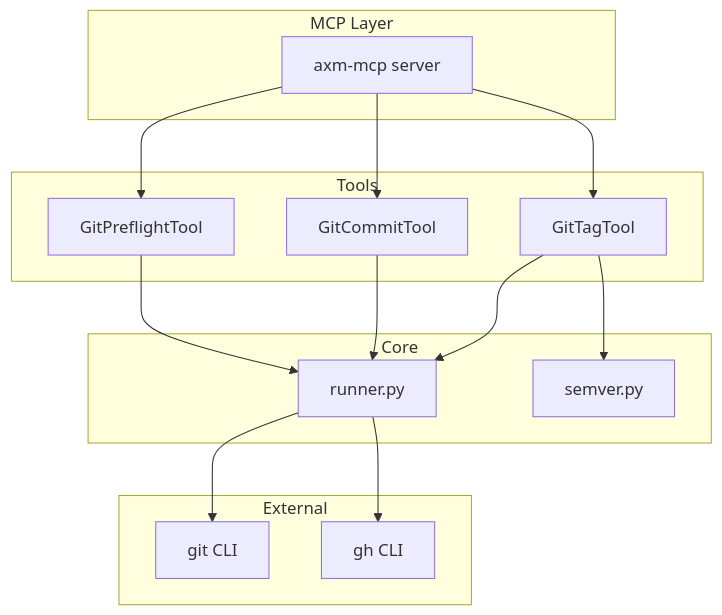
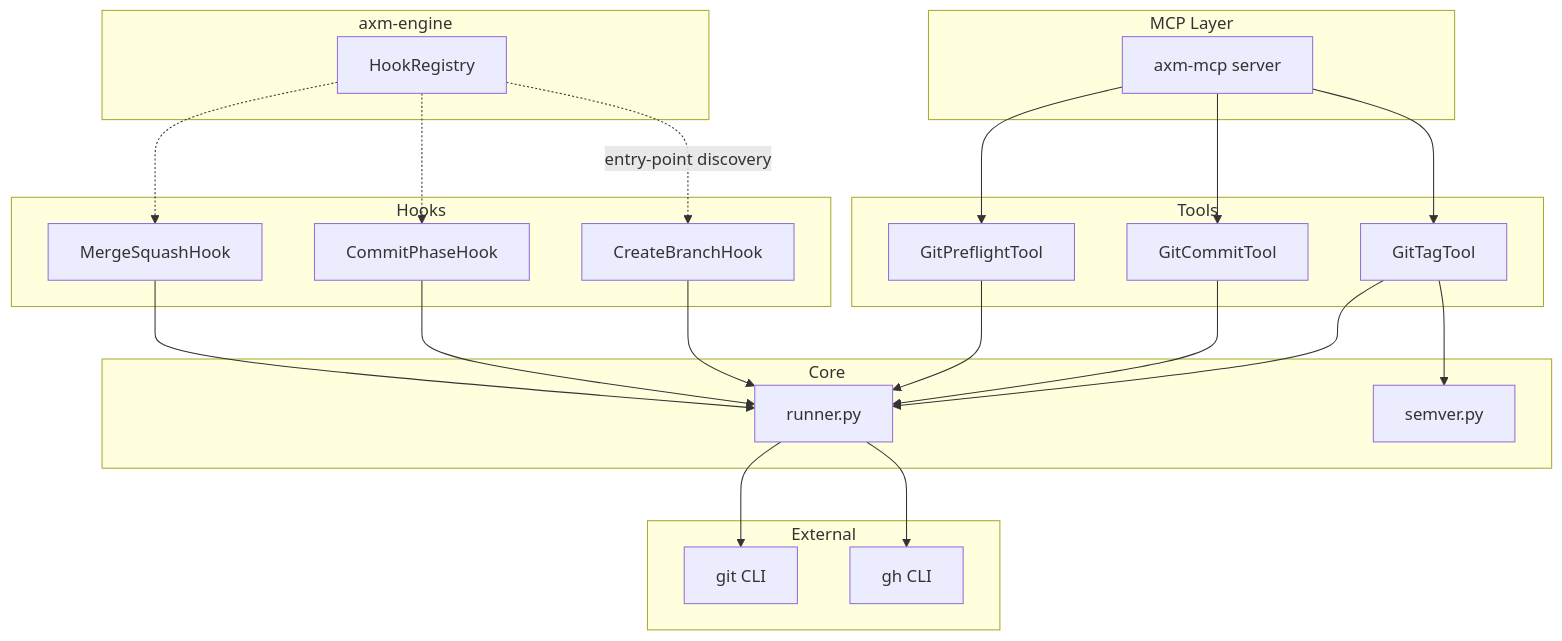
One commit to axm-protocols/axm-forge changed the diagram in docs/explanation/architecture.md. Above: the diagram before and after it, drawn with Mermaid. The commit also changed other lines of this file and 3 other files, not shown here.

First line of the commit message:
docs(hooks): document lifecycle hook actions

````diff
--- a/docs/explanation/architecture.md
+++ b/docs/explanation/architecture.md
@@ -7,32 +7,48 @@
 ```mermaid
 graph TD
     subgraph "MCP Layer"
         MCP["axm-mcp server"]
     end
 
     subgraph "Tools"
         Tag["GitTagTool"]
         Commit["GitCommitTool"]
         Preflight["GitPreflightTool"]
     end
 
+    subgraph "Hooks"
+        CB["CreateBranchHook"]
+        CP["CommitPhaseHook"]
+        MS["MergeSquashHook"]
+    end
+
     subgraph "Core"
         Runner["runner.py"]
         Semver["semver.py"]
     end
 
     subgraph "External"
         Git["git CLI"]
         GH["gh CLI"]
     end
 
+    subgraph "axm-engine"
+        Registry["HookRegistry"]
+    end
+
     MCP --> Tag
     MCP --> Commit
     MCP --> Preflight
     Tag --> Runner
     Tag --> Semver
     Commit --> Runner
     Preflight --> Runner
+    CB --> Runner
+    CP --> Runner
+    MS --> Runner
     Runner --> Git
     Runner --> GH
+    Registry -.->|"entry-point discovery"| CB
+    Registry -.-> CP
+    Registry -.-> MS
 ```
````
